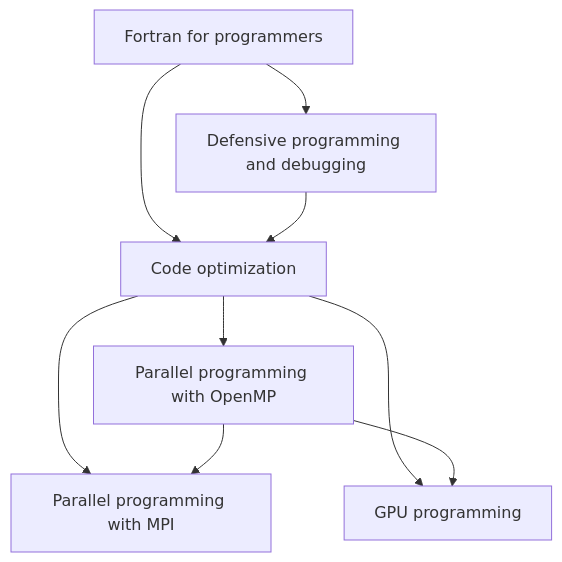
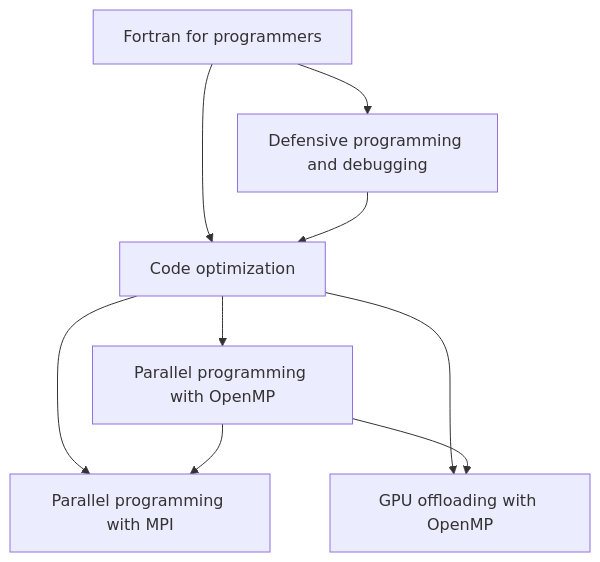
One commit to gjbex/Training-sessions changed the diagram in docs/fortran.md. Above: the diagram before and after it, drawn with Mermaid. The commit also changed 2 other files, not shown here.

Commit message:
Correct links to GPU trainings

````diff
--- a/docs/fortran.md
+++ b/docs/fortran.md
@@ -6,17 +6,17 @@
 ```mermaid
 graph TD
   Fortran_for_programmers[Fortran for programmers] --> Defensive_programming_and_debugging[Defensive programming and debugging]
   Fortran_for_programmers --> Code_optimization[Code optimization]
   Defensive_programming_and_debugging --> Code_optimization
   Code_optimization --> Parallel_programming_with_OpenMP[Parallel programming with OpenMP]
   Code_optimization[Code optimization] --> Parallel_programming_with_MPI[Parallel programming with MPI]
   Parallel_programming_with_OpenMP --> Parallel_programming_with_MPI
-  Code_optimization --> GPU_programming[GPU programming]
-  Parallel_programming_with_OpenMP --> GPU_programming
+  Code_optimization --> GPU_offloading_with_OpenMP[GPU offloading with OpenMP]
+  Parallel_programming_with_OpenMP --> GPU_offloading_with_OpenMP
   click Fortran_for_programmers "https://gjbex.github.io/Fortran-for-programmers/" "Fortran for programmers"
   click Defensive_programming_and_debugging "https://gjbex.github.io/Defensive_programming_and_debugging/" "Defensive programming and debugging"
   click Code_optimization "https://gjbex.github.io/Code-optimization/" "Code optimization"
   click Parallel_programming_with_OpenMP "https://gjbex.github.io/Training-sessions/parallel_programming_with_openmp" "Parallel programming with OpenMP"
   click Parallel_programming_with_MPI "https://gjbex.github.io/Training-sessions/parallel_programming_with_mpi" "Parallel programming with MPI"
-  click GPU_programming "https://gjbex.github.io/GPU-programming/" "GPU programming"
+  click GPU_offloading_with_OpenMP "https://gjbex.github.io/OpenMP-GPU-offloading/" "GPU offloading with OpenMP"
 ```
````
